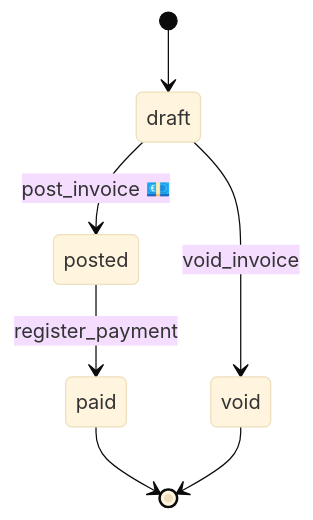
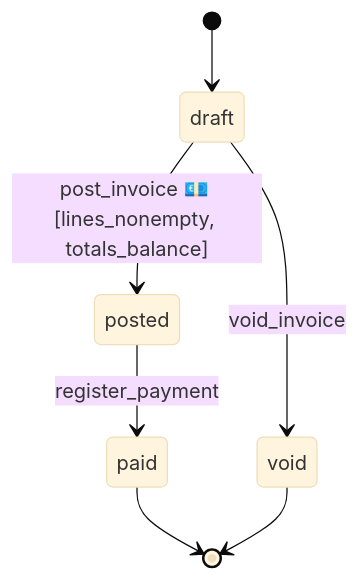
The diagram in README.md (Pher217/CoolERP), drawn with Mermaid (base theme) before and after one commit. The commit also changed 1 other file, not shown here.

Commit message:
feat: show declared guards on the generated process diagram (#123)
The README says, directly under the diagram, that each arrow carries the guards
and posting rule from the same YAML. The diagram showed the capability and a money
marker but not the guards, so that sentence was only checkable against the table
below it.

Process::to_mermaid now renders a transition's declared guards in brackets after
the capability. Transitions without guards are unchanged - no empty brackets - and
the terminal-state edges and current-state classDef are untouched.

The README block is regenerated from the actual output, so the diagram stays the
generator's product rather than a hand-maintained copy.

````diff
--- a/README.md
+++ b/README.md
@@ -61,9 +61,9 @@
 ```mermaid
 stateDiagram-v2
     [*] --> draft
-    draft --> posted: post_invoice 💶
+    draft --> posted: post_invoice 💶 [lines_nonempty, totals_balance]
     posted --> paid: register_payment
     draft --> void: void_invoice
     paid --> [*]
     void --> [*]
 ```
````
